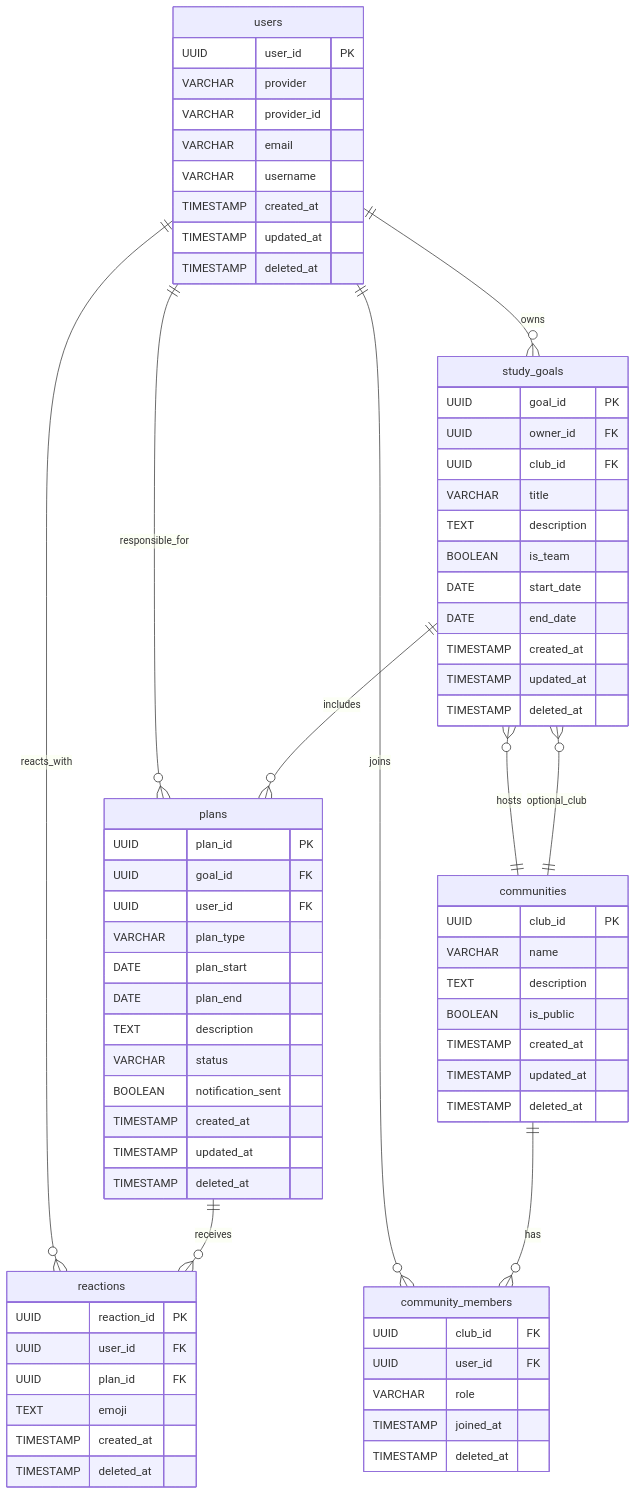
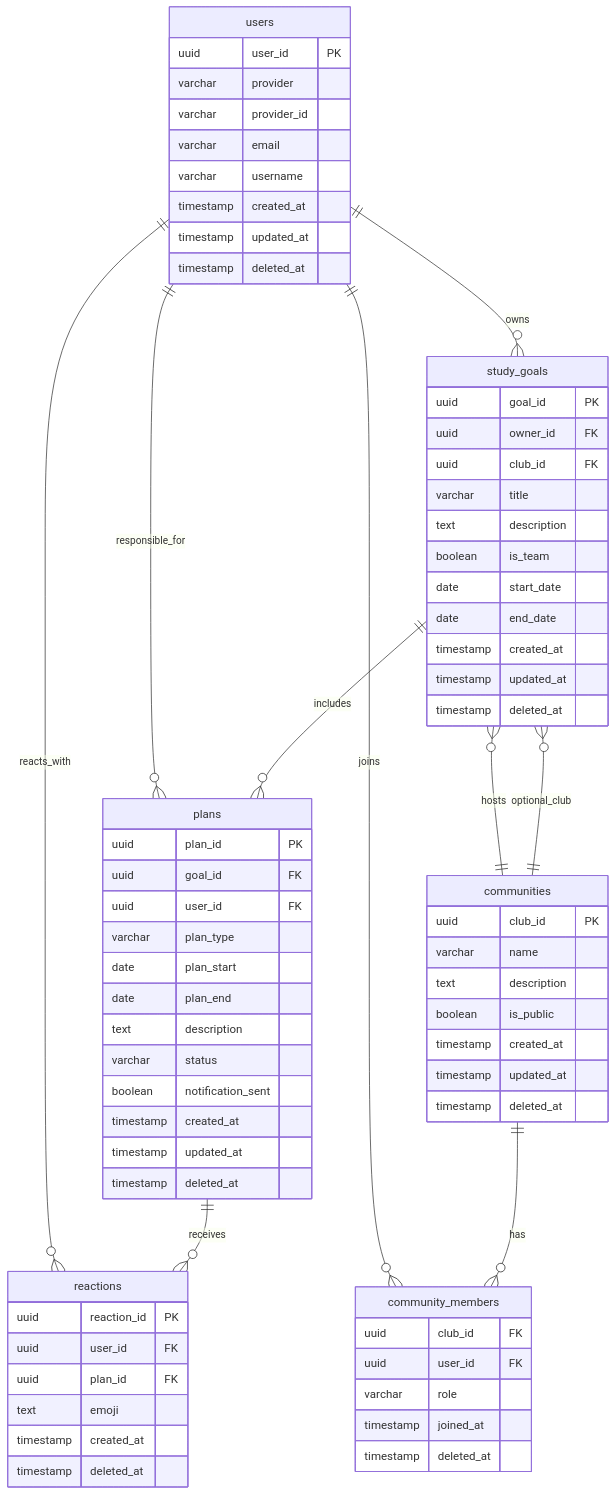
Before and after one commit to FRONTENDBOOTCAMP-14th/react_project_1: the diagram in docs/data-model.md, drawn with Mermaid. The commit also changed other lines of this file, not shown here.

Commit message:
docs: supabase에서는 type이 소문자입니다.

````diff
--- a/docs/data-model.md
+++ b/docs/data-model.md
@@ -5,79 +5,79 @@
 ```mermaid
 erDiagram
     users {
-        UUID user_id PK
-        VARCHAR provider
-        VARCHAR provider_id
-        VARCHAR email
-        VARCHAR username
-        TIMESTAMP created_at
-        TIMESTAMP updated_at
-        TIMESTAMP deleted_at
+        uuid user_id PK
+        varchar provider
+        varchar provider_id
+        varchar email
+        varchar username
+        timestamp created_at
+        timestamp updated_at
+        timestamp deleted_at
     }
     
     study_goals {
-        UUID goal_id PK
-        UUID owner_id FK
-        UUID club_id FK
-        VARCHAR title
-        TEXT description
-        BOOLEAN is_team
-        DATE start_date
-        DATE end_date
-        TIMESTAMP created_at
-        TIMESTAMP updated_at
-        TIMESTAMP deleted_at
+        uuid goal_id PK
+        uuid owner_id FK
+        uuid club_id FK
+        varchar title
+        text description
+        boolean is_team
+        date start_date
+        date end_date
+        timestamp created_at
+        timestamp updated_at
+        timestamp deleted_at
     }
     
     plans {
-        UUID plan_id PK
-        UUID goal_id FK
-        UUID user_id FK
-        VARCHAR plan_type
-        DATE plan_start
-        DATE plan_end
-        TEXT description
-        VARCHAR status
-        BOOLEAN notification_sent
-        TIMESTAMP created_at
-        TIMESTAMP updated_at
-        TIMESTAMP deleted_at
+        uuid plan_id PK
+        uuid goal_id FK
+        uuid user_id FK
+        varchar plan_type
+        date plan_start
+        date plan_end
+        text description
+        varchar status
+        boolean notification_sent
+        timestamp created_at
+        timestamp updated_at
+        timestamp deleted_at
     }
     
     reactions {
-        UUID reaction_id PK
-        UUID user_id FK
-        UUID plan_id FK
-        TEXT emoji
-        TIMESTAMP created_at
-        TIMESTAMP deleted_at
+        uuid reaction_id PK
+        uuid user_id FK
+        uuid plan_id FK
+        text emoji
+        timestamp created_at
+        timestamp deleted_at
     }
     
     communities {
-        UUID club_id PK
-        VARCHAR name
-        TEXT description
-        BOOLEAN is_public
-        TIMESTAMP created_at
-        TIMESTAMP updated_at
-        TIMESTAMP deleted_at
+        uuid club_id PK
+        varchar name
+        text description
+        boolean is_public
+        timestamp created_at
+        timestamp updated_at
+        timestamp deleted_at
     }
     
     community_members {
-        UUID club_id FK
-        UUID user_id FK
-        VARCHAR role
-        TIMESTAMP joined_at
-        TIMESTAMP deleted_at
+        uuid club_id FK
+        uuid user_id FK
+        varchar role
+        timestamp joined_at
+        timestamp deleted_at
     }
 
     users ||--o{ study_goals : owns
     study_goals ||--o{ plans : includes
     users ||--o{ plans : responsible_for
     plans ||--o{ reactions : receives
     users ||--o{ reactions : reacts_with
     communities ||--o{ study_goals : hosts
     study_goals }o--|| communities : optional_club
     communities ||--o{ community_members : has
     users ||--o{ community_members : joins
 ```
````
